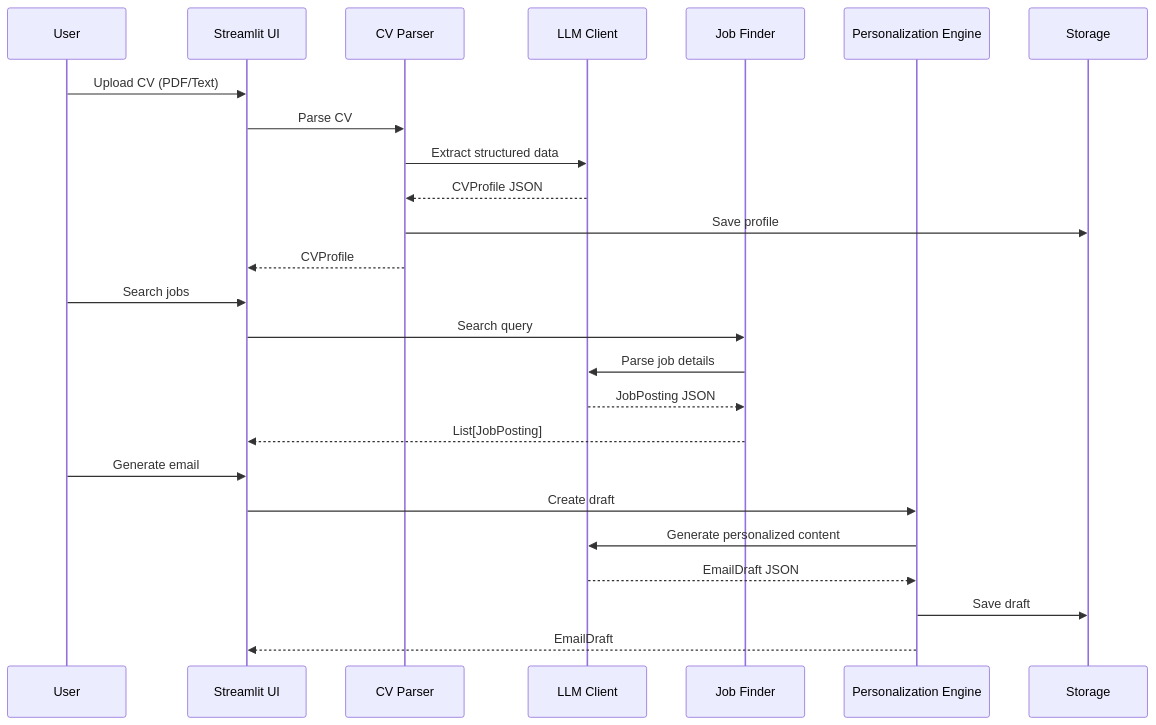
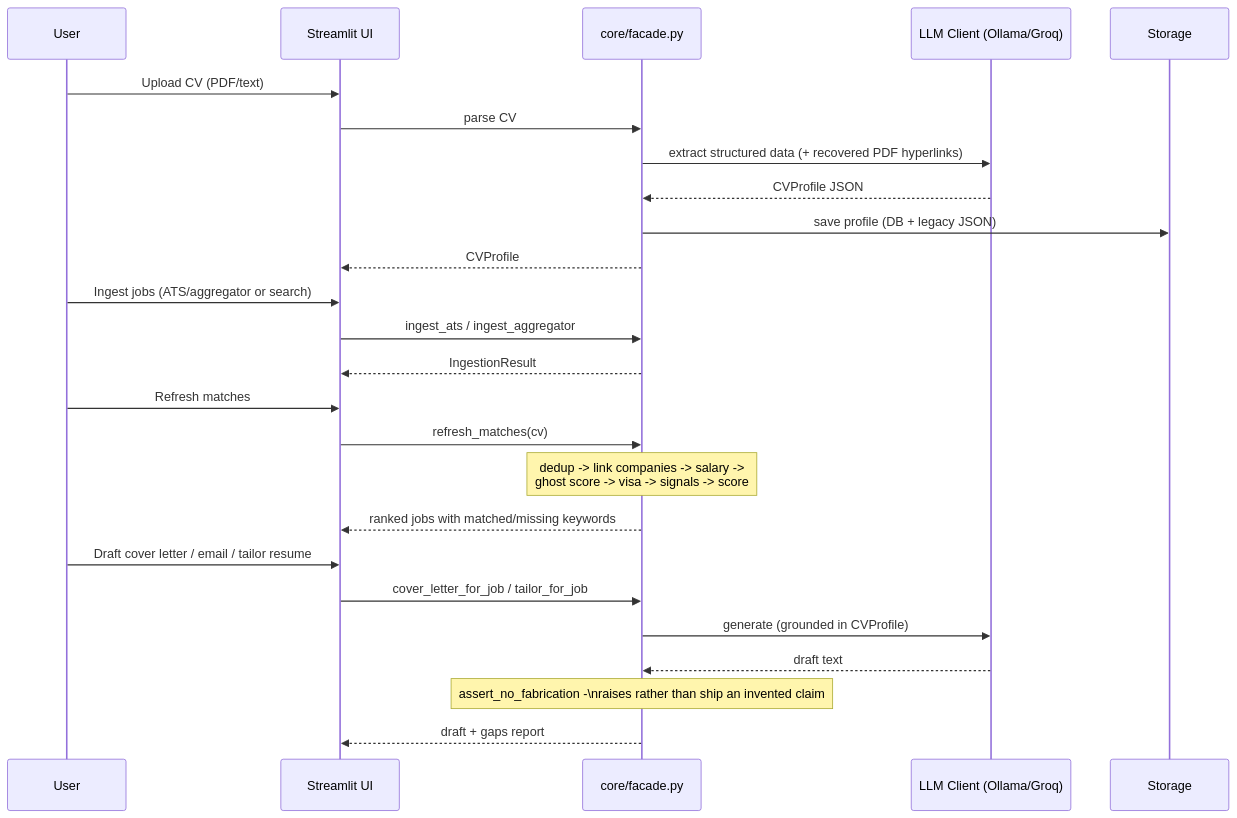
Before and after one commit to aaron-seq/CareerAgent: the second of 2 diagrams in ARCHITECTURE.md, drawn with Mermaid. The commit also changed other lines of this file and 8 other files, not shown here.

````diff
--- a/ARCHITECTURE.md
+++ b/ARCHITECTURE.md
@@ -108,30 +155,31 @@
 ```mermaid
 sequenceDiagram
     participant User
     participant UI as Streamlit UI
-    participant CV as CV Parser
-    participant LLM as LLM Client
-    participant JF as Job Finder
-    participant PE as Personalization Engine
+    participant Facade as core/facade.py
+    participant LLM as LLM Client (Ollama/Groq)
     participant Storage
-    
-    User->>UI: Upload CV (PDF/Text)
-    UI->>CV: Parse CV
-    CV->>LLM: Extract structured data
-    LLM-->>CV: CVProfile JSON
-    CV->>Storage: Save profile
-    CV-->>UI: CVProfile
-    
-    User->>UI: Search jobs
-    UI->>JF: Search query
-    JF->>LLM: Parse job details
-    LLM-->>JF: JobPosting JSON
-    JF-->>UI: List[JobPosting]
-    
-    User->>UI: Generate email
-    UI->>PE: Create draft
-    PE->>LLM: Generate personalized content
-    LLM-->>PE: EmailDraft JSON
-    PE->>Storage: Save draft
-    PE-->>UI: EmailDraft
+
+    User->>UI: Upload CV (PDF/text)
+    UI->>Facade: parse CV
+    Facade->>LLM: extract structured data (+ recovered PDF hyperlinks)
+    LLM-->>Facade: CVProfile JSON
+    Facade->>Storage: save profile (DB + legacy JSON)
+    Facade-->>UI: CVProfile
+
+    User->>UI: Ingest jobs (ATS/aggregator or search)
+    UI->>Facade: ingest_ats / ingest_aggregator
+    Facade-->>UI: IngestionResult
+
+    User->>UI: Refresh matches
+    UI->>Facade: refresh_matches(cv)
+    Note over Facade: dedup -> link companies -> salary -><br/>ghost score -> visa -> signals -> score
+    Facade-->>UI: ranked jobs with matched/missing keywords
+
+    User->>UI: Draft cover letter / email / tailor resume
+    UI->>Facade: cover_letter_for_job / tailor_for_job
+    Facade->>LLM: generate (grounded in CVProfile)
+    LLM-->>Facade: draft text
+    Note over Facade: assert_no_fabrication -\nraises rather than ship an invented claim
+    Facade-->>UI: draft + gaps report
 ```
````
